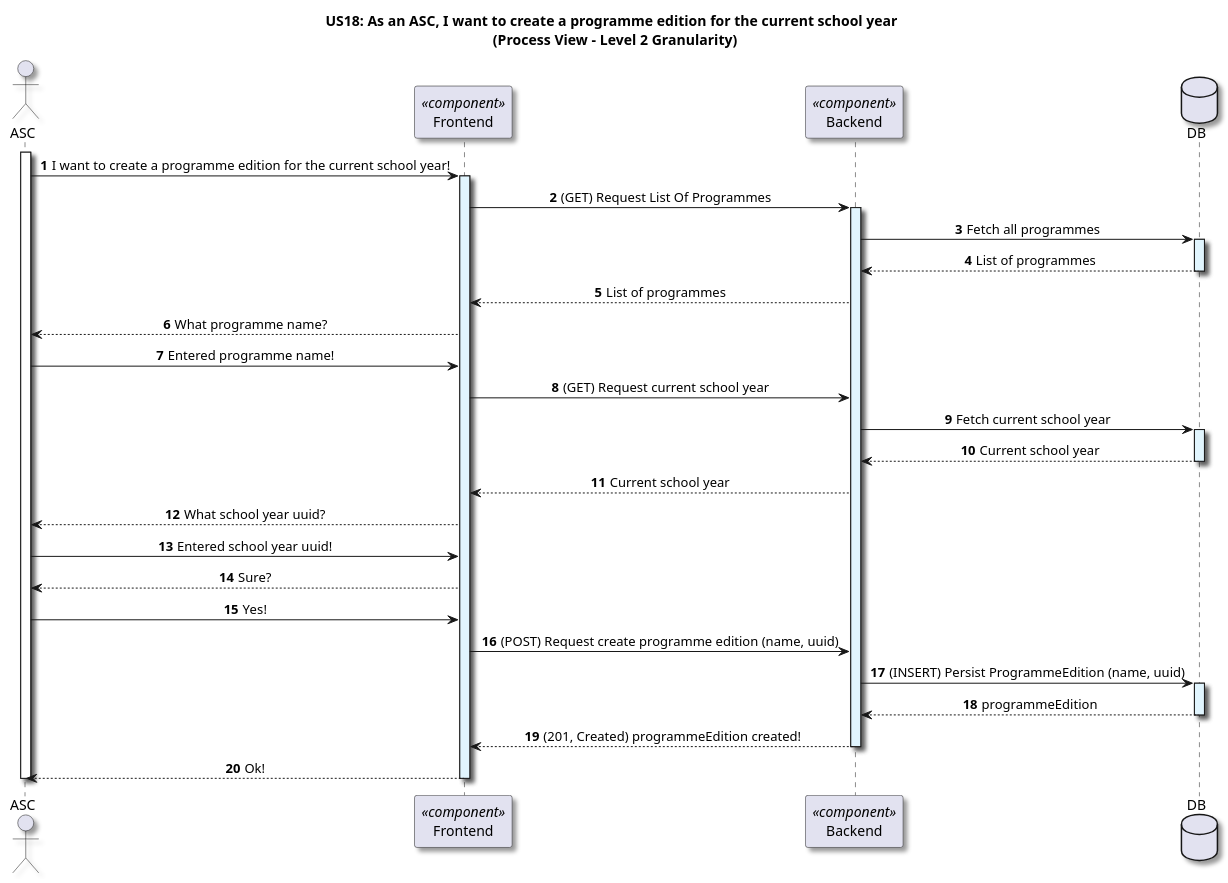
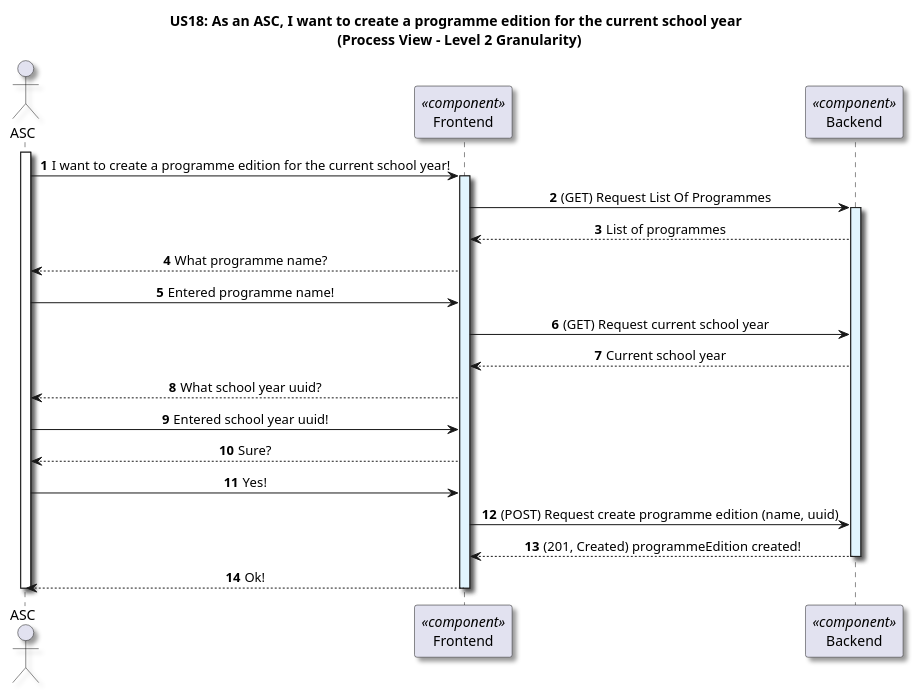
Before and after one commit to GasparISEP/DevOps-PAI: the diagram in docs/US18/Sprint6_RestAPI/ProcessView/Level2Granularity.puml, drawn with PlantUML.

Commit message:
Removed Database representation from Level 2 Process View diagram for functionality CreateProgrammeEditionForCurrentSchoolYear - refs #534 #550

```diff
--- a/docs/US18/Sprint6_RestAPI/ProcessView/Level2Granularity.puml
+++ b/docs/US18/Sprint6_RestAPI/ProcessView/Level2Granularity.puml
@@ -1,63 +1,49 @@
 @startuml
 
 title US18: As an ASC, I want to create a programme edition for the current school year \n (Process View - Level 2 Granularity)
 
 skinparam componentStyle component
 skinparam defaultTextAlignment center
 skinparam shadowing true
 
 autonumber
 
 actor ASC as ASC
 
 participant "Frontend" as frontend <<component>>
 participant "Backend" as backend <<component>>
-Database DB
 
 activate ASC
 ASC -> frontend: I want to create a programme edition for the current school year!
 activate frontend #E1F5FE
 
 frontend -> backend: (GET) Request List Of Programmes
 activate backend #E1F5FE
-backend -> DB: Fetch all programmes
-activate DB #E1F5FE
-DB --> backend: List of programmes
-deactivate DB #E1F5FE
 backend --> frontend: List of programmes
 
 
 frontend --> ASC: What programme name?
 
 ASC -> frontend: Entered programme name!
 
 
 frontend -> backend: (GET) Request current school year
-backend -> DB: Fetch current school year
-activate DB #E1F5FE
-DB --> backend: Current school year
-deactivate DB #E1F5FE
 backend --> frontend: Current school year
 frontend --> ASC: What school year uuid?
 
 ASC -> frontend: Entered school year uuid!
 
 frontend --> ASC: Sure?
 
 ASC -> frontend: Yes!
 
 frontend -> backend: (POST) Request create programme edition (name, uuid)
 
-backend -> DB: (INSERT) Persist ProgrammeEdition (name, uuid)
-activate DB #E1F5FE
-DB --> backend: programmeEdition
-deactivate DB
-
 backend --> frontend: (201, Created) programmeEdition created!
 deactivate backend
 
 frontend --> ASC: Ok!
 deactivate frontend
 deactivate ASC
 
 @enduml
```
